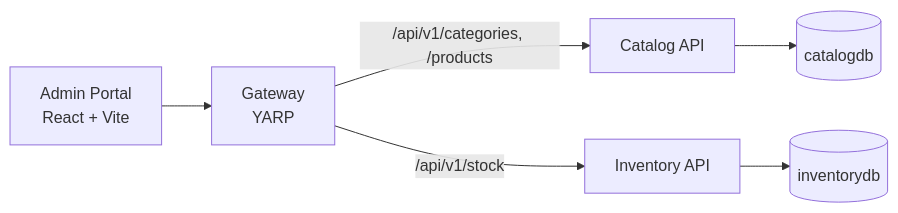
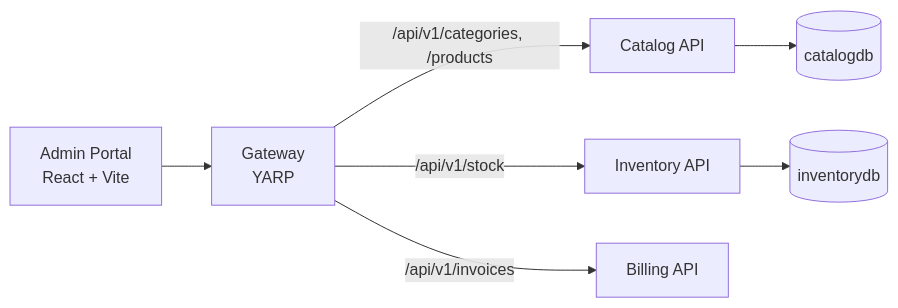
One commit to danielvo-lsnsw/HappyBoxx changed the diagram in README.md. Above: the diagram before and after it, drawn with Mermaid. The commit also changed other lines of this file and 103 other files, not shown here.

````diff
--- a/README.md
+++ b/README.md
@@ -12,8 +12,9 @@
 ```mermaid
 flowchart LR
     admin[Admin Portal<br/>React + Vite] --> gw[Gateway<br/>YARP]
     gw -->|/api/v1/categories, /products| catalog[Catalog API]
     gw -->|/api/v1/stock| inventory[Inventory API]
+    gw -->|/api/v1/invoices| billing[Billing API]
     catalog --> catdb[(catalogdb)]
     inventory --> invdb[(inventorydb)]
 ```
````
